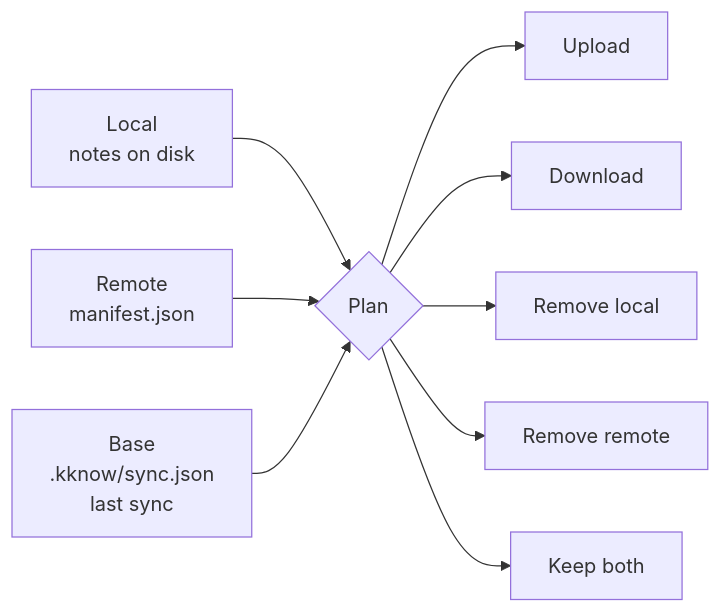
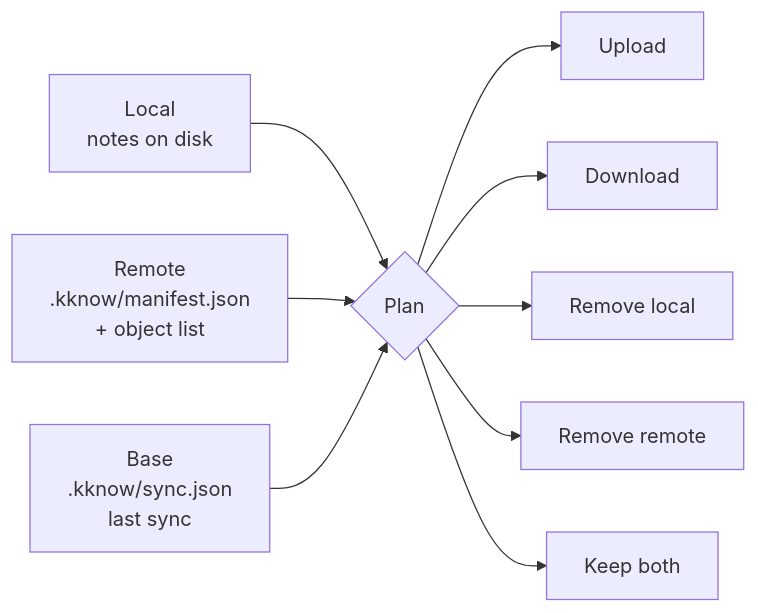
The fourth of 4 diagrams in site/architecture.md (akuchin/kknow), drawn with Mermaid before and after one commit. The commit also changed other lines of this file and 9 other files, not shown here.

````diff
--- a/site/architecture.md
+++ b/site/architecture.md
@@ -135,11 +138,11 @@
 ```mermaid
 flowchart LR
   L["Local<br/>notes on disk"] --> P{Plan}
-  R["Remote<br/>manifest.json"] --> P
+  R["Remote<br/>.kknow/manifest.json<br/>+ object list"] --> P
   B["Base<br/>.kknow/sync.json<br/>last sync"] --> P
   P --> U[Upload]
   P --> Dn[Download]
   P --> RL[Remove local]
   P --> RR[Remove remote]
   P --> K[Keep both]
 ```
````
